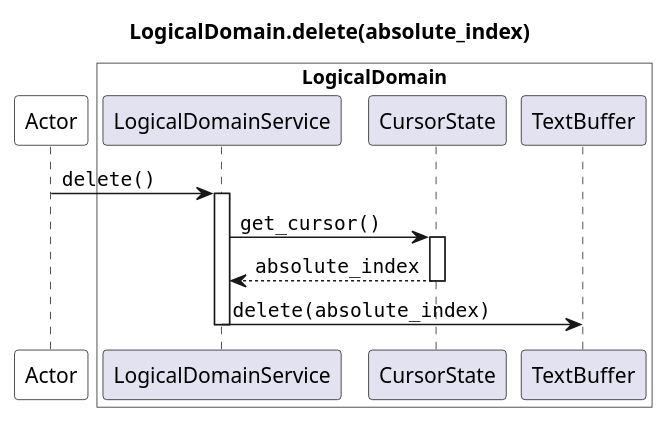
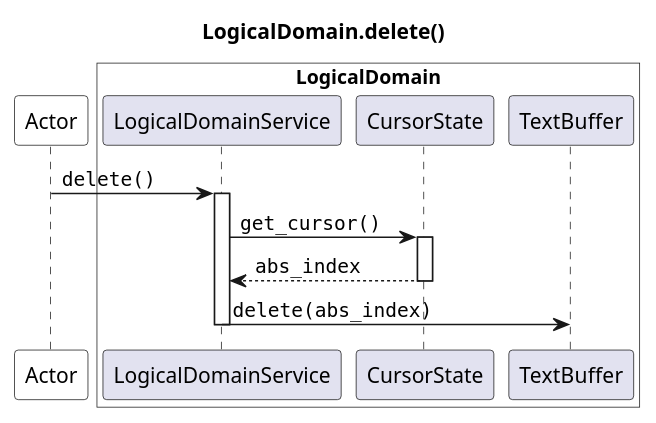
The diagram in docs/source/specs/architecture/diagrams/sequence/seq_delete_logical.puml (JoeRittiner/TextEngine), drawn with PlantUML before and after one commit. The commit also changed 11 other files, not shown here.

Commit message:
doc: Cleanup diagrams and consistency

```diff
--- a/docs/source/specs/architecture/diagrams/sequence/seq_delete_logical.puml
+++ b/docs/source/specs/architecture/diagrams/sequence/seq_delete_logical.puml
@@ -1,22 +1,22 @@
 @startuml
 
-title LogicalDomain.delete(absolute_index)
+title LogicalDomain.delete()
 
 participant Actor as app #white
 box "LogicalDomain" #white
     participant LogicalDomainService as LS
     participant CursorState as CS
     participant TextBuffer as TB
 end box
 
 app -> LS : ""delete()""
 activate LS
 
     LS -> CS : ""get_cursor()""
     activate CS
-        return ""absolute_index""
+        return ""abs_index""
 
-    LS -> TB : ""delete(absolute_index)""
+    LS -> TB : ""delete(abs_index)""
     deactivate LS
 
 @enduml
```
